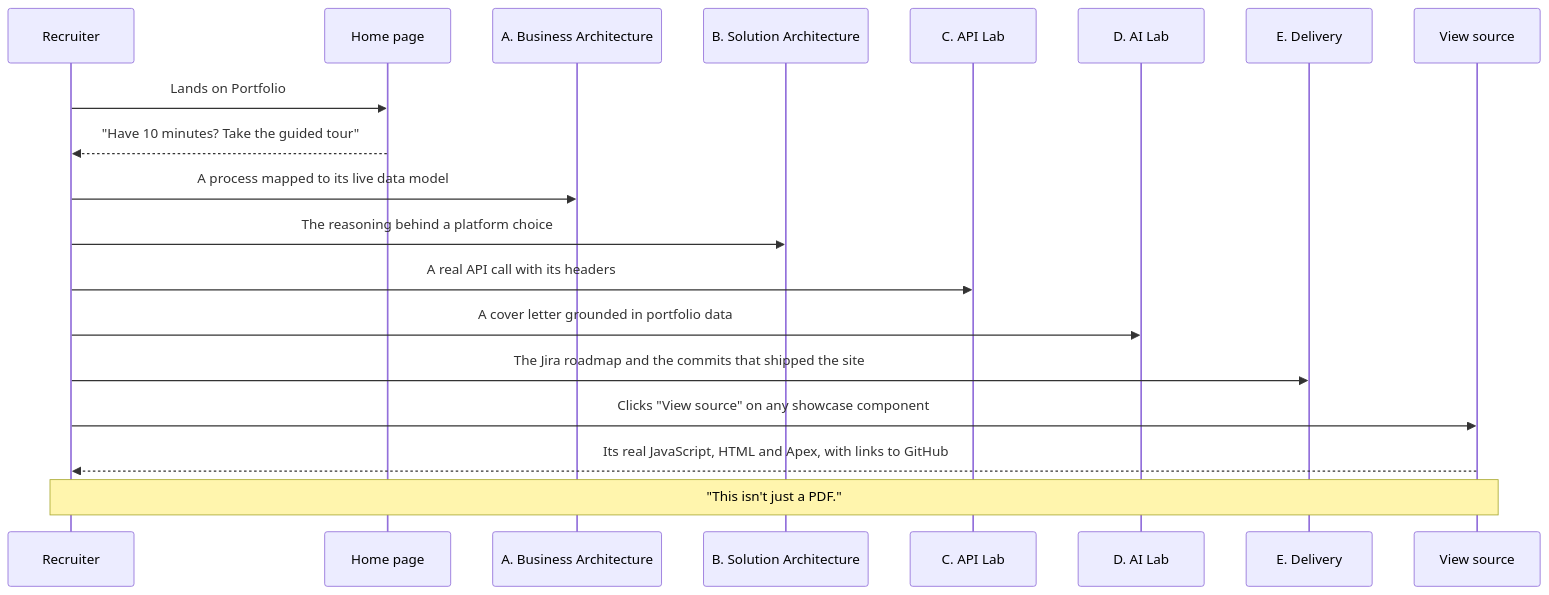
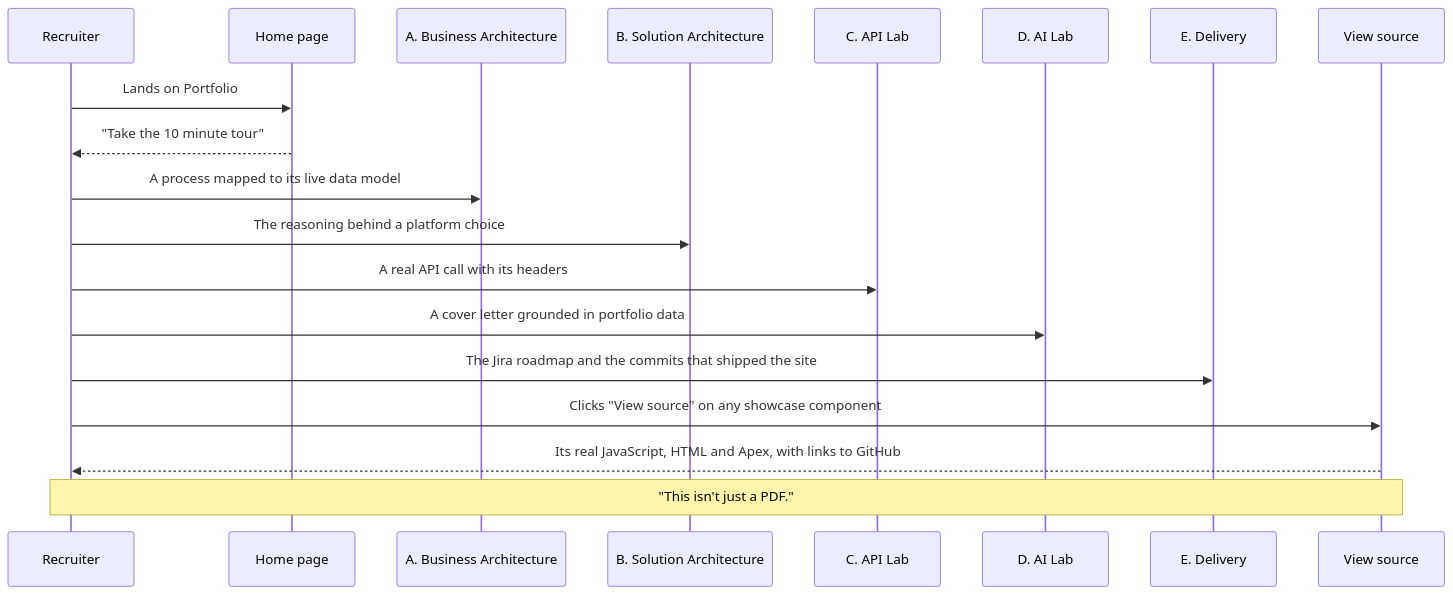
The diagram in docs/guides/01-Executive-Overview.md (rdbumstead/salesforce-platform-architect-portfolio), drawn with Mermaid before and after one commit. The commit also changed 5 other files, not shown here.

First line of the commit message:
docs(home): describe the rebuilt home page, the work timeline and the credentials band

````diff
--- a/docs/guides/01-Executive-Overview.md
+++ b/docs/guides/01-Executive-Overview.md
@@ -53,22 +53,22 @@
 ```mermaid
 sequenceDiagram
     participant R as Recruiter
     participant H as Home page
     participant A as A. Business Architecture
     participant B as B. Solution Architecture
     participant C as C. API Lab
     participant D as D. AI Lab
     participant E as E. Delivery
     participant S as View source
 
     R->>H: Lands on Portfolio
-    H-->>R: "Have 10 minutes? Take the guided tour"
+    H-->>R: "Take the 10 minute tour"
     R->>A: A process mapped to its live data model
     R->>B: The reasoning behind a platform choice
     R->>C: A real API call with its headers
     R->>D: A cover letter grounded in portfolio data
     R->>E: The Jira roadmap and the commits that shipped the site
     R->>S: Clicks "View source" on any showcase component
     S-->>R: Its real JavaScript, HTML and Apex, with links to GitHub
     Note over R,S: "This isn't just a PDF."
 ```
````
